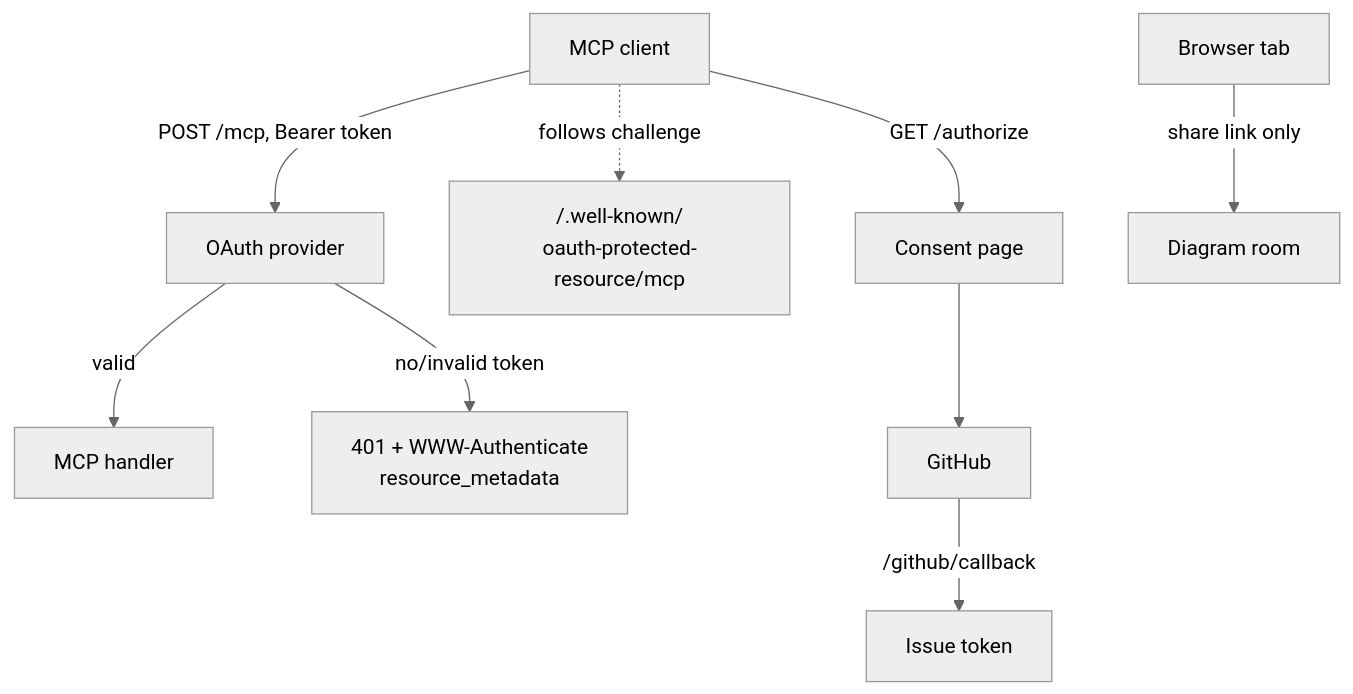
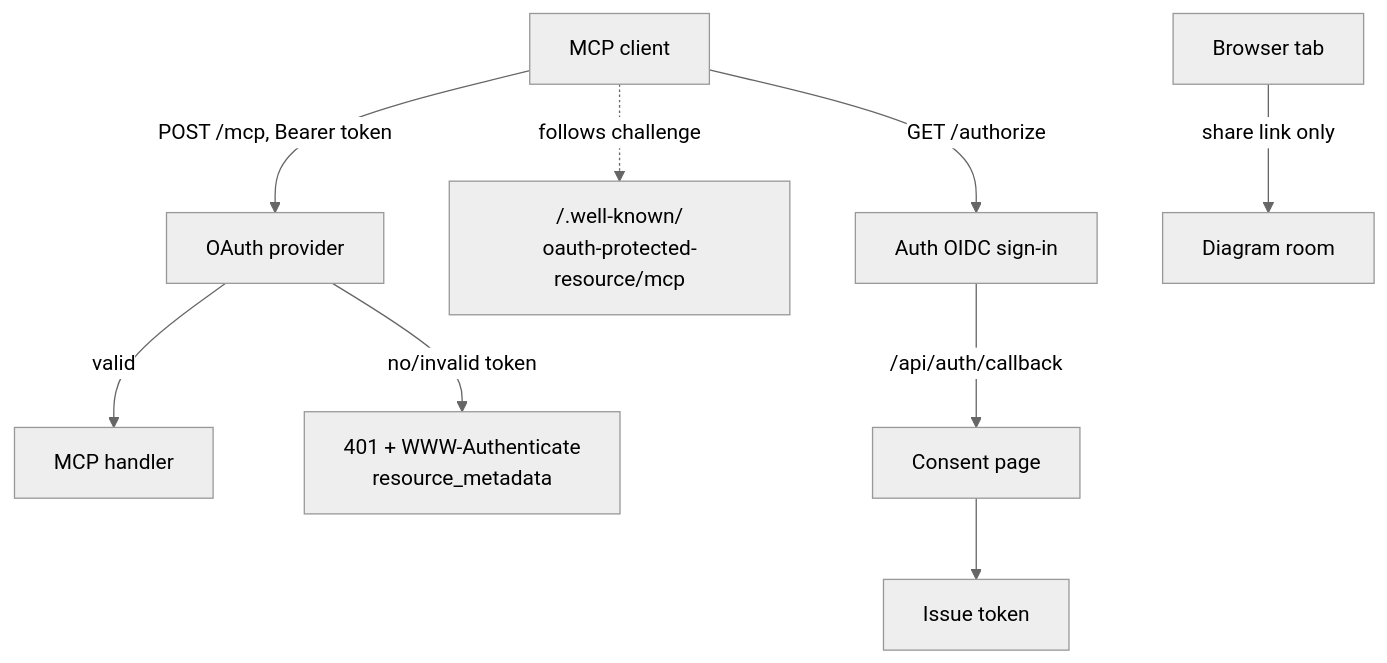
The sixth of 10 diagrams in docs/design.md (aranlucas/system-design-companion), drawn with Mermaid (neutral theme) before and after one commit. The commit also changed other lines of this file and 26 other files, not shown here.

First line of the commit message:
feat(auth): use shared OIDC sign-in for browser and MCP (#43)

````diff
--- a/docs/design.md
+++ b/docs/design.md
@@ -231,10 +231,11 @@
 ```mermaid
 flowchart TD
     C["MCP client"] -->|"POST /mcp, Bearer token"| P["OAuth provider"]
     P -->|"valid"| M["MCP handler"]
     P -->|"no/invalid token"| Ch["401 + WWW-Authenticate<br/>resource_metadata"]
     C -.->|"follows challenge"| PRM["/.well-known/<br/>oauth-protected-resource/mcp"]
-    C -->|"GET /authorize"| A["Consent page"] --> G["GitHub"]
-    G -->|"/github/callback"| T["Issue token"]
+    C -->|"GET /authorize"| G["Auth OIDC sign-in"]
+    G -->|"/api/auth/callback"| A["Consent page"]
+    A --> T["Issue token"]
     B["Browser tab"] -->|"share link only"| WS["Diagram room"]
 ```
````
